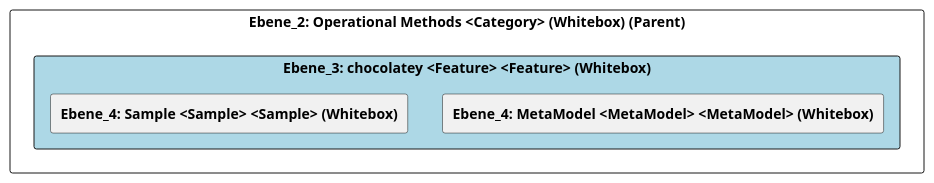
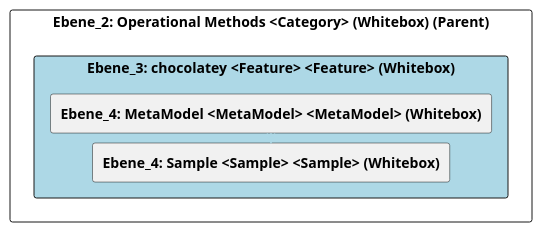
The diagram in doc/cleonproject_deliverables_architecture_model_architecture/adoc/de/05_bausteinsicht/cleon/operational_methods/chocolatey/ebene_3_chocolatey.adoc (marcozwyssig/cleon), drawn with PlantUML before and after one commit. The commit also changed other lines of this file and 214 other files, not shown here.

```diff
--- a/doc/cleonproject_deliverables_architecture_model_architecture/adoc/de/05_bausteinsicht/cleon/operational_methods/chocolatey/ebene_3_chocolatey.adoc
+++ b/doc/cleonproject_deliverables_architecture_model_architecture/adoc/de/05_bausteinsicht/cleon/operational_methods/chocolatey/ebene_3_chocolatey.adoc
@@ -20,25 +20,28 @@
 [plantuml, Ebene_3: chocolatey <Feature> <Feature> (Whitebox)BlockOverview, format="svg"]
 ----
 @startuml Ebene_3: chocolatey <Feature> <Feature> (Whitebox)BuildingBlockOverview
 
 skinparam ranksep 10
 skinparam componentStyle rectangle
 skinparam shadowing false
 skinparam arrowColor lightblue
 skinparam arrowThickness 1.2
 skinparam rectangle {
   BackgroundColor White
   BorderColor #333
   RoundCorner 10
 }
 top to bottom direction
 
 component "Ebene_2: Operational Methods <Category> (Whitebox) (Parent)" {
     component "Ebene_3: chocolatey <Feature> <Feature> (Whitebox)" #lightblue {
         [**Ebene_4: MetaModel <MetaModel> <MetaModel> (Whitebox)**] as 4A570576_D579_11EE_903E_9F564E4DE07E
         [**Ebene_4: Sample <Sample> <Sample> (Whitebox)**] as 4A56DE3C_D579_11EE_903E_9F564E4DE07E
     }
+
+    4A570576_D579_11EE_903E_9F564E4DE07E -down-> 4A56DE3C_D579_11EE_903E_9F564E4DE07E
+    
 }
 
 @enduml
 ----
```
